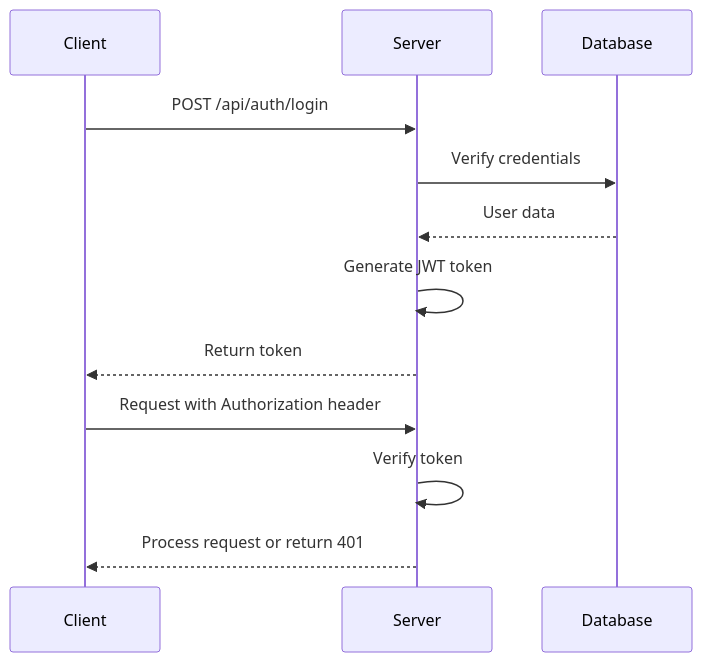
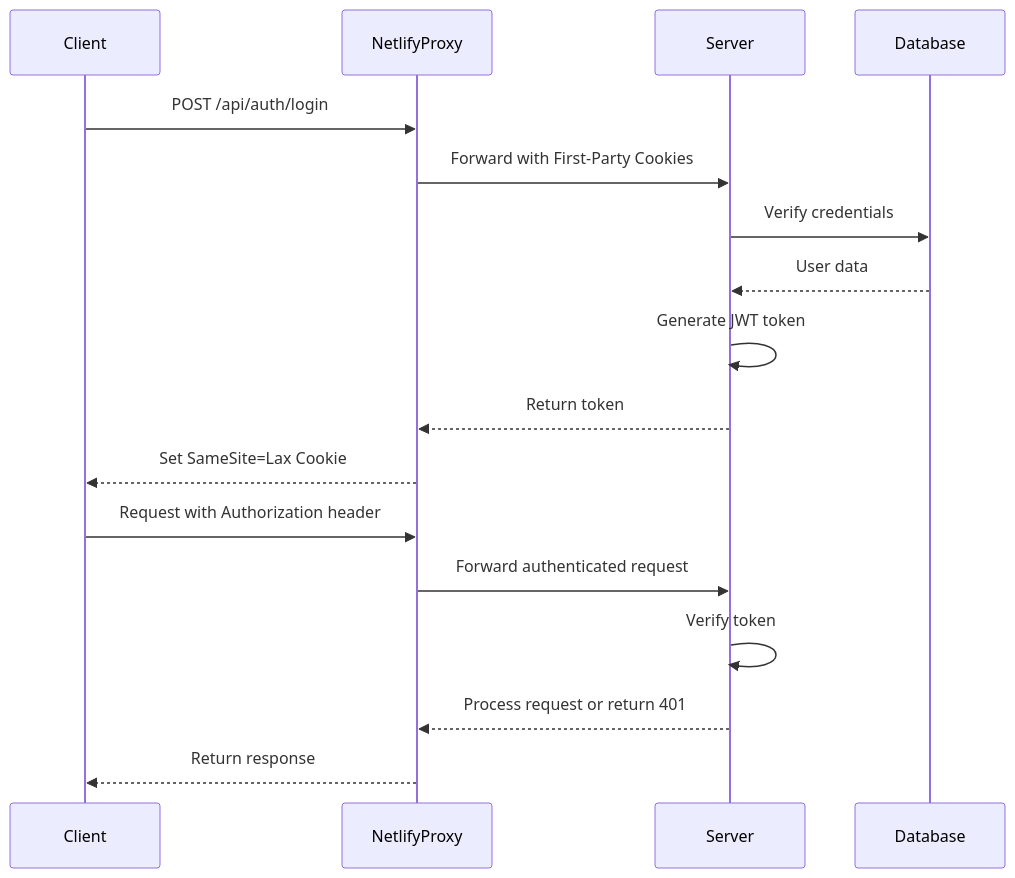
Before and after one commit to Brimstow/ThumPiks: the fifth of 6 diagrams in .qoder/repowiki/en/content/System Overview.md, drawn with Mermaid. The commit also changed other lines of this file and 900 other files, not shown here.

````diff
--- a/.qoder/repowiki/en/content/System Overview.md
+++ b/.qoder/repowiki/en/content/System Overview.md
@@ -240,14 +333,19 @@
 ```mermaid
 sequenceDiagram
 participant Client
+participant NetlifyProxy
 participant Server
 participant Database
-Client->>Server : POST /api/auth/login
+Client->>NetlifyProxy : POST /api/auth/login
+NetlifyProxy->>Server : Forward with First-Party Cookies
 Server->>Database : Verify credentials
 Database-->>Server : User data
 Server->>Server : Generate JWT token
-Server-->>Client : Return token
-Client->>Server : Request with Authorization header
+Server-->>NetlifyProxy : Return token
+NetlifyProxy-->>Client : Set SameSite=Lax Cookie
+Client->>NetlifyProxy : Request with Authorization header
+NetlifyProxy->>Server : Forward authenticated request
 Server->>Server : Verify token
-Server-->>Client : Process request or return 401
+Server-->>NetlifyProxy : Process request or return 401
+NetlifyProxy-->>Client : Return response
 ```
````
